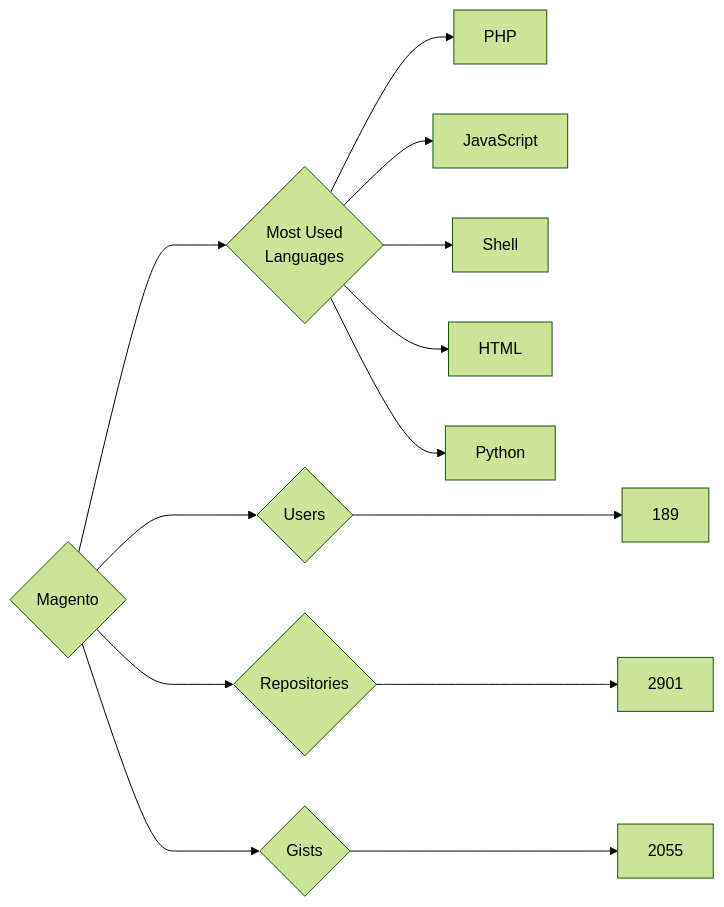
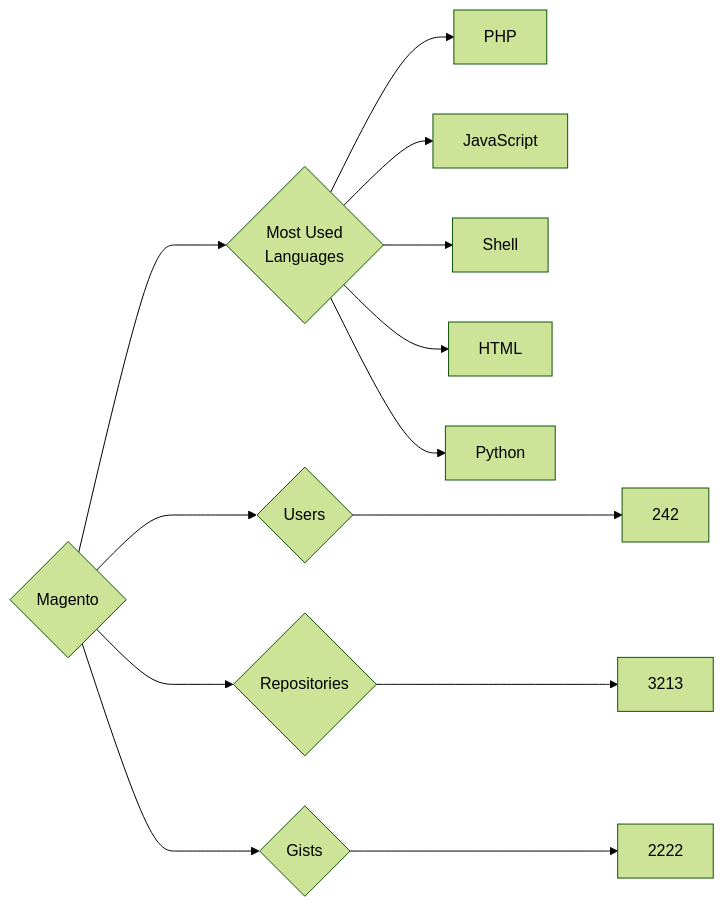
Before and after one commit to trickest/insiders: the diagram in targets/Magento/README.md, drawn with Mermaid (forest theme). The commit also changed 773 other files, not shown here.

````diff
--- a/targets/Magento/README.md
+++ b/targets/Magento/README.md
@@ -3,13 +3,13 @@
 ```mermaid
 graph LR
 COMPANY_NAME{Magento}
-COMPANY_NAME ---> U{Users} ---> UN[189]
-COMPANY_NAME ---> R{Repositories} ---> RN[2901]
-COMPANY_NAME ---> G{Gists} ---> GN[2055]
+COMPANY_NAME ---> U{Users} ---> UN[242]
+COMPANY_NAME ---> R{Repositories} ---> RN[3213]
+COMPANY_NAME ---> G{Gists} ---> GN[2222]
 COMPANY_NAME ---> ML{Most Used<br>Languages}
 ML --> PHP[PHP]
 ML --> JavaScript[JavaScript]
 ML --> Shell[Shell]
 ML --> HTML[HTML]
 ML --> Python[Python]
 ```
````
